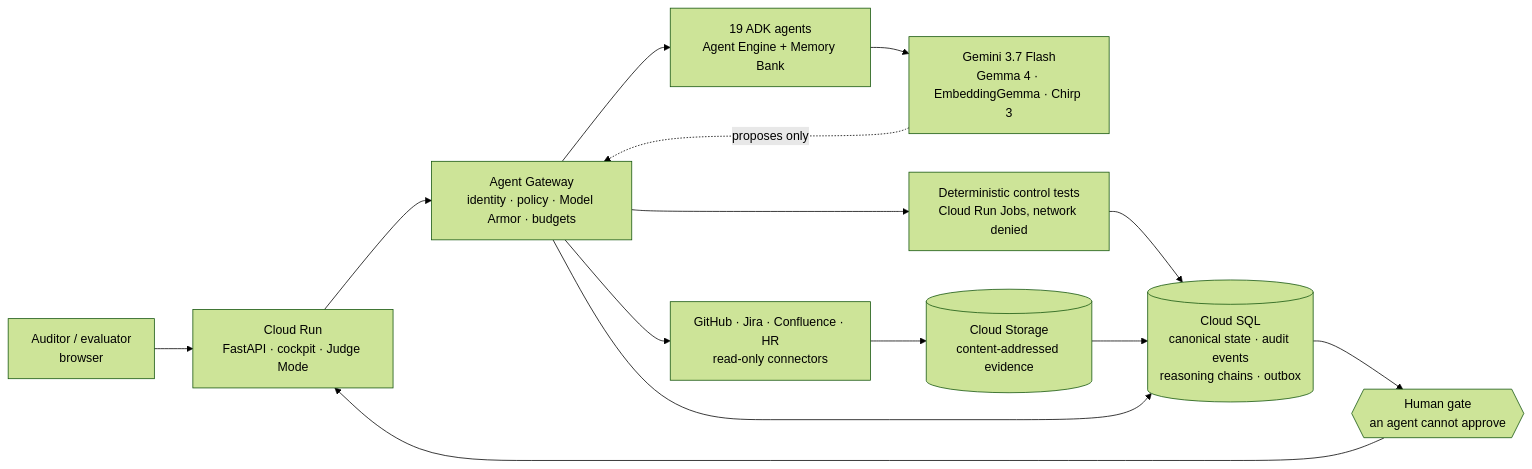
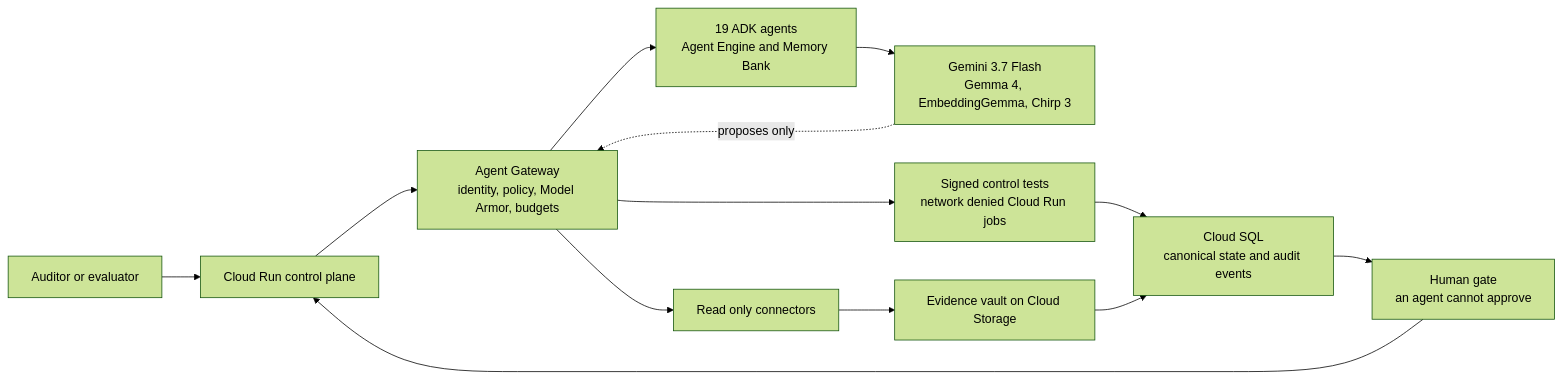
The first of 2 diagrams in README.md (Marc-Dvci/AssuranceOS), drawn with Mermaid (forest theme) before and after one commit. The commit also changed other lines of this file and 20 other files, not shown here.

````diff
--- a/README.md
+++ b/README.md
@@ -84,16 +169,15 @@
 ```mermaid
 flowchart LR
-  User["Auditor / evaluator<br/>browser"] --> API["Cloud Run<br/>FastAPI · cockpit · Judge Mode"]
-  API --> Gateway["Agent Gateway<br/>identity · policy · Model Armor · budgets"]
-  Gateway --> Fleet["19 ADK agents<br/>Agent Engine + Memory Bank"]
-  Fleet --> Models["Gemini 3.7 Flash<br/>Gemma 4 · EmbeddingGemma · Chirp 3"]
-  Models -.->|"proposes only"| Gateway
-  Gateway --> Tests["Deterministic control tests<br/>Cloud Run Jobs, network denied"]
-  Gateway --> Sources["GitHub · Jira · Confluence · HR<br/>read-only connectors"]
-  Sources --> Vault[("Cloud Storage<br/>content-addressed evidence")]
-  Tests --> DB
+  User["Auditor or evaluator"] --> API["Cloud Run control plane"]
+  API --> Gateway["Agent Gateway<br/>identity, policy, Model Armor, budgets"]
+  Gateway --> Fleet["19 ADK agents<br/>Agent Engine and Memory Bank"]
+  Fleet --> Models["Gemini 3.7 Flash<br/>Gemma 4, EmbeddingGemma, Chirp 3"]
+  Models -.->|proposes only| Gateway
+  Gateway --> Tests["Signed control tests<br/>network denied Cloud Run jobs"]
+  Gateway --> Sources["Read only connectors"]
+  Sources --> Vault["Evidence vault on Cloud Storage"]
+  Tests --> DB["Cloud SQL<br/>canonical state and audit events"]
   Vault --> DB
-  Gateway --> DB[("Cloud SQL<br/>canonical state · audit events<br/>reasoning chains · outbox")]
-  DB --> Human{{"Human gate<br/>an agent cannot approve"}}
+  DB --> Human["Human gate<br/>an agent cannot approve"]
   Human --> API
 ```
````
